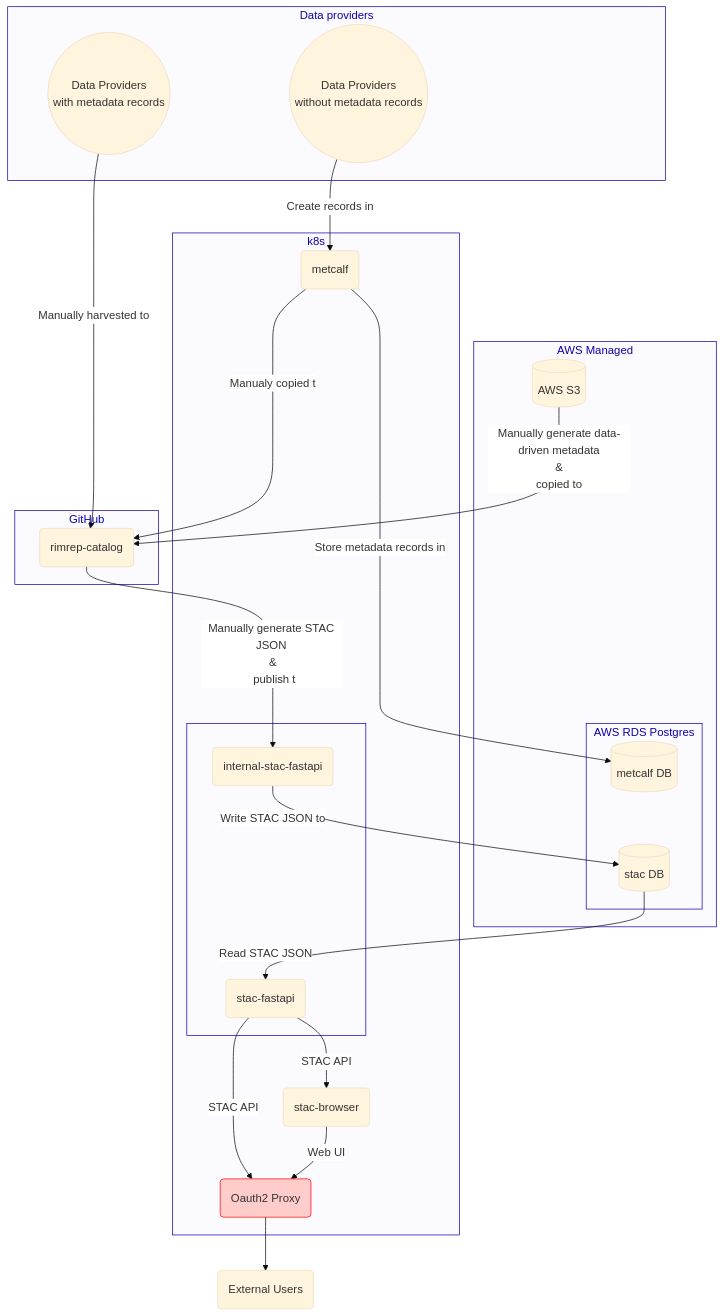
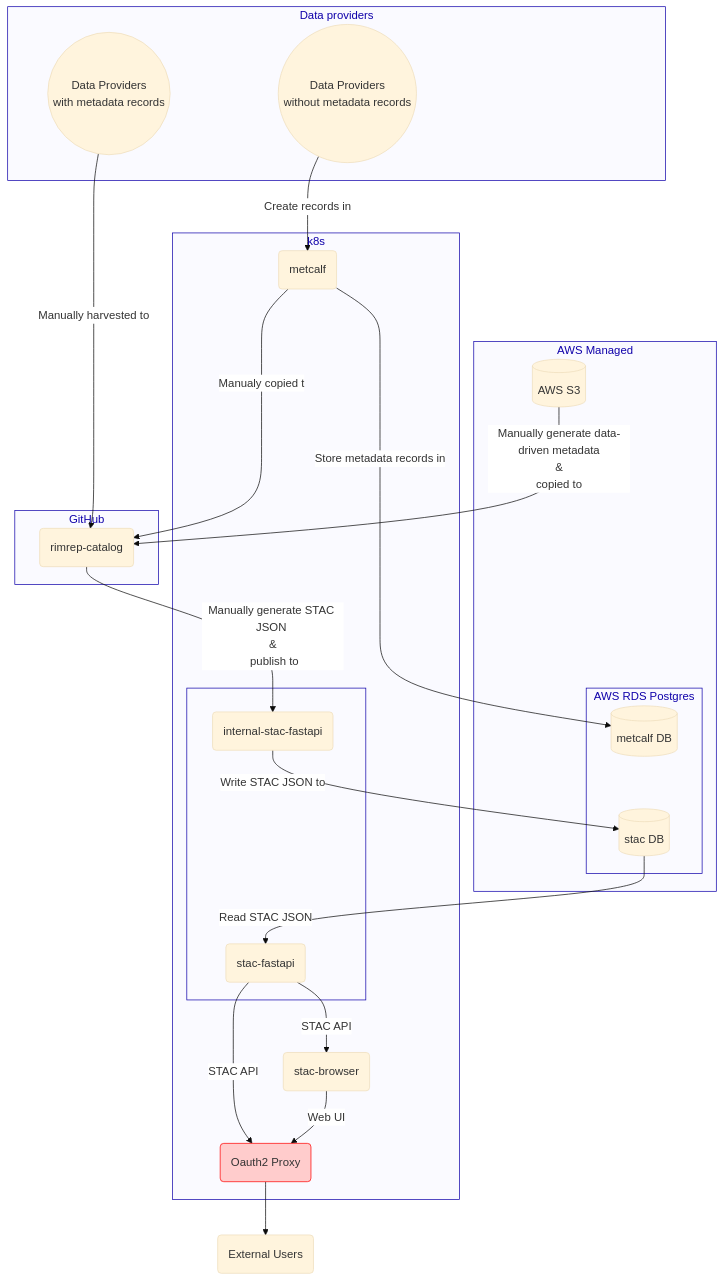
One commit to gbr-dms/rimrep-documentation changed the first of 3 diagrams in docs/architecture/components/metadata-system.md. Above: the diagram before and after it, drawn with Mermaid.

````diff
--- a/docs/architecture/components/metadata-system.md
+++ b/docs/architecture/components/metadata-system.md
@@ -31,68 +31,68 @@
 ```mermaid
 %%{
   init: {
     'theme': 'base',
     'themeVariables': {
       'edgeLabelBackground': '#ffffff',
       'tertiaryTextColor': '#0f00aa',
       'clusterBkg': '#fafaff',
       'clusterBorder': '#0f00aa'
     }
   }
 }%%
 
 flowchart TB
   classDef red fill:#ffcccc,stroke:#ff0000;
 
   subgraph data_providers ["Data providers"]
     external((Data Providers <br> with metadata records))
     metadata_providers((Data Providers <br> without metadata records))
   end
 
   subgraph github ["GitHub"]
     catalog(rimrep-catalog)
   end
 
    subgraph aws_managed ["AWS Managed"]
     subgraph aws_rds["AWS RDS Postgres"]
         aws_rds_metcalf[(metcalf DB)]
         aws_rds_stac[(stac DB)]
         aws_rds_metcalf ~~~ aws_rds_stac
     end
     aws_S3[(AWS S3)]
   end
 
   subgraph "k8s"
 
     subgraph stac_fastapi_group[" "]
       stac_fastapi(stac-fastapi)
       internal_stac_fastapi(internal-stac-fastapi)
     end
 
     metadata_frontend(stac-browser)
     oauth2_proxy(Oauth2 Proxy):::red
 
     metcalf(metcalf)
   end
 
   data_providers ~~~ aws_managed
 
   external_users(External Users)
 
   internal_stac_fastapi -->  |Write STAC JSON to|aws_rds_stac
   metcalf --> |Store metadata records in| aws_rds_metcalf
   aws_rds_stac --> |Read STAC JSON|stac_fastapi
 
   external -- Manually harvested to --> catalog
-  aws_S3 -- Manually generate data-driven metadata<br>&<br>copied to --> catalog
+  aws_S3 -- "`Manually generate data-driven metadata<br>&<br>copied to`" --> catalog
   metcalf --Manualy copied to--> catalog
 
-  catalog --Manually generate STAC JSON <br> & <br> publish to--> internal_stac_fastapi
+  catalog --"`Manually generate STAC JSON <br> & <br> publish to`"--> internal_stac_fastapi
  
   stac_fastapi -->|STAC API| oauth2_proxy & metadata_frontend
 
   metadata_frontend -->|Web UI| oauth2_proxy
   oauth2_proxy --> external_users
 
   metadata_providers -->|Create records in| metcalf
 ```
````
